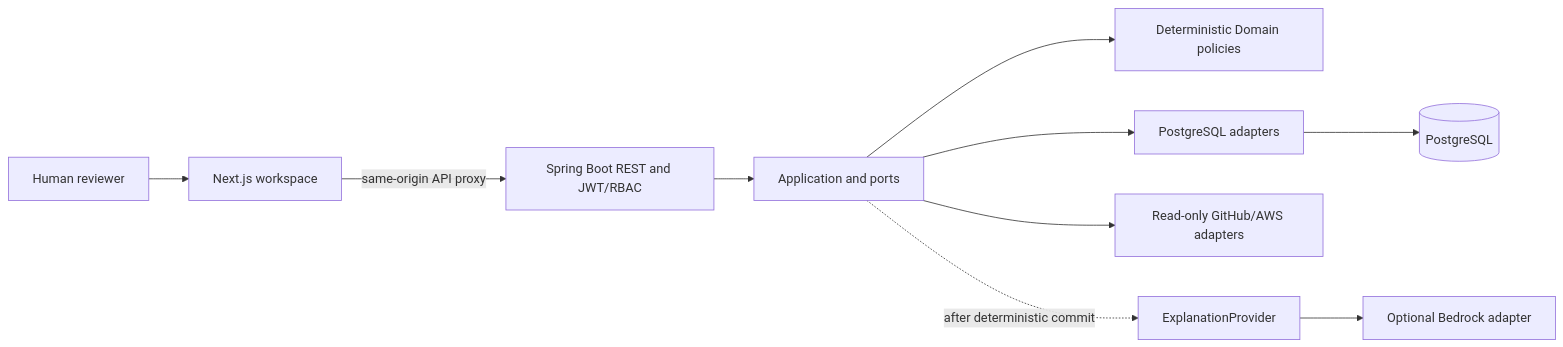
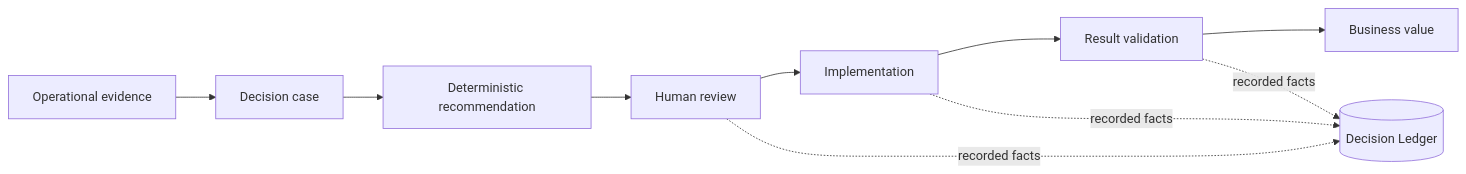
Before and after one commit to Dmillan-dev/ImperatorProyect: the diagram in README.md, drawn with Mermaid. The commit also changed other lines of this file and 38 other files, not shown here.

````diff
--- a/README.md
+++ b/README.md
@@ -145,12 +27,12 @@
 ```mermaid
 flowchart LR
-    Reviewer[Human reviewer] --> Web[Next.js workspace]
-    Web -->|same-origin API proxy| API[Spring Boot REST and JWT/RBAC]
-    API --> App[Application and ports]
-    App --> Domain[Deterministic Domain policies]
-    App --> JDBC[PostgreSQL adapters]
-    JDBC --> DB[(PostgreSQL)]
-    App --> Connectors[Read-only GitHub/AWS adapters]
-    App -. after deterministic commit .-> Explain[ExplanationProvider]
-    Explain --> Bedrock[Optional Bedrock adapter]
+    E[Operational evidence] --> D[Decision case]
+    D --> R[Deterministic recommendation]
+    R --> H[Human review]
+    H --> I[Implementation]
+    I --> V[Result validation]
+    V --> B[Business value]
+    H -. recorded facts .-> L[(Decision Ledger)]
+    I -. recorded facts .-> L
+    V -. recorded facts .-> L
 ```
````
